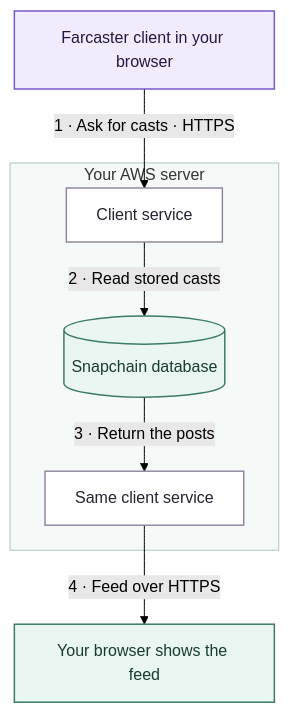
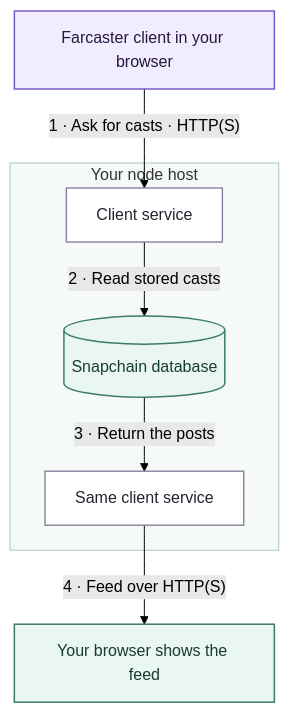
Before and after one commit to vrajdesai78/farcaster-bounty: the diagram in site/diagrams/read-mobile.mmd, drawn with Mermaid (forest theme). The commit also changed 25 other files, not shown here.

```diff
--- a/site/diagrams/read-mobile.mmd
+++ b/site/diagrams/read-mobile.mmd
@@ -1,20 +1,20 @@
 flowchart TB
 accTitle: Reading a cast from your own node
-accDescr: The browser asks for casts over HTTPS. On the server, the client service reads the node database and sends the posts back. The repeated service and browser boxes show the return trip, not extra software.
+accDescr: The browser asks for casts over HTTP(S). On the server, the client service reads the node database and sends the posts back. The repeated service and browser boxes show the return trip, not extra software.
 browser["Farcaster client in your browser"]:::device
-subgraph S["Your AWS server"]
+subgraph S["Your node host"]
  client["Client service"]:::service
  node[("Snapchain database")]:::data
  result["Same client service"]:::service
 end
 feed["Your browser shows the feed"]:::done
-browser -->|"1 · Ask for casts · HTTPS"| client
+browser -->|"1 · Ask for casts · HTTP(S)"| client
 client -->|"2 · Read stored casts"| node
 node -->|"3 · Return the posts"| result
-result -->|"4 · Feed over HTTPS"| feed
+result -->|"4 · Feed over HTTP(S)"| feed
 style S fill:#f5faf8,stroke:#aac7be
 classDef device fill:#f1edff,stroke:#795acb,color:#24183e,stroke-width:1.5px
 classDef service fill:#ffffff,stroke:#8b819d,color:#262330,stroke-width:1.4px
 classDef data fill:#eaf6f2,stroke:#3c7b68,color:#173c31,stroke-width:1.5px
 classDef network fill:#fff5e5,stroke:#997033,color:#493414,stroke-width:1.5px
 classDef done fill:#eaf6f2,stroke:#3c7b68,color:#173c31,stroke-width:1.5px
```
